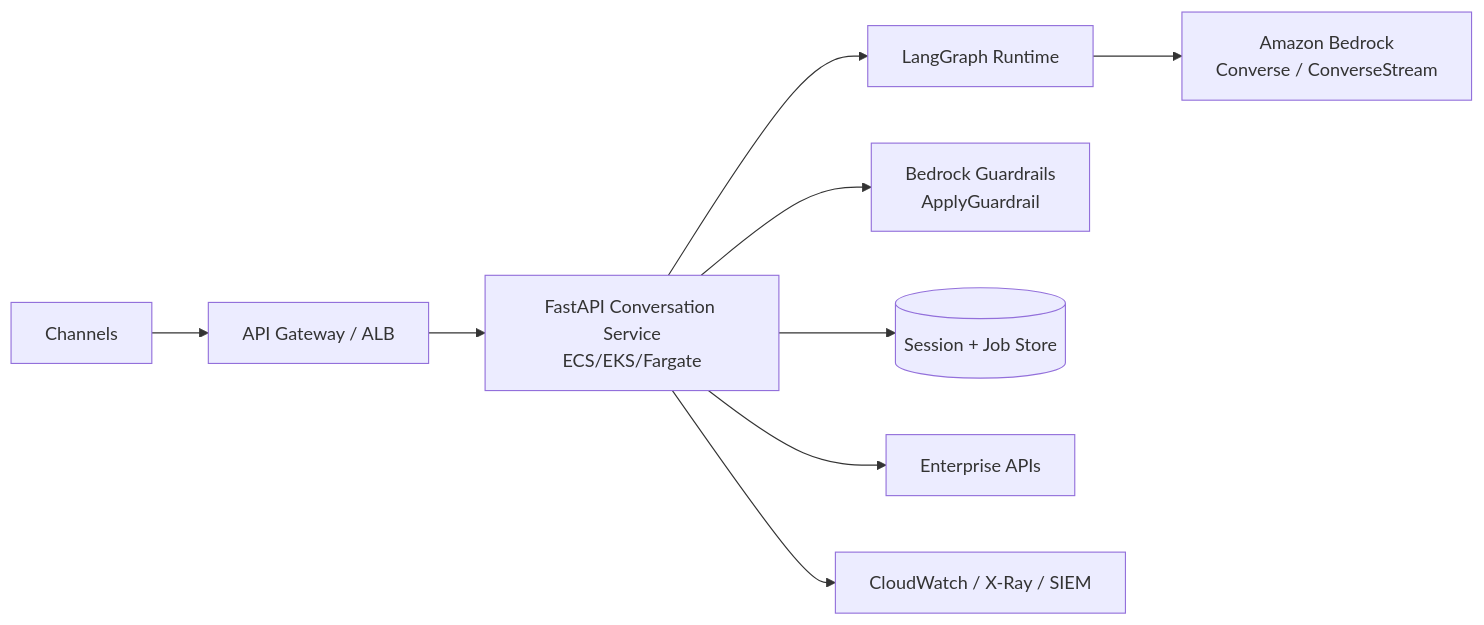
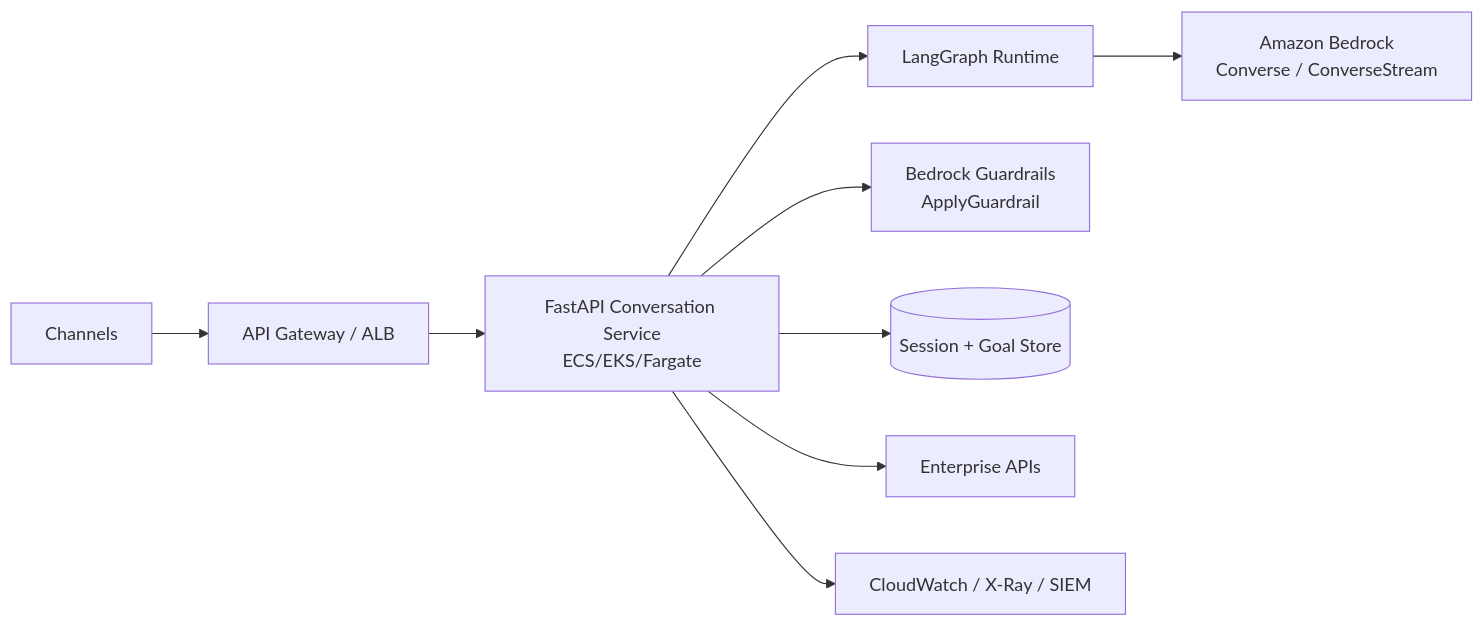
One commit to bhochhi/nexus changed diagram 12 of 14 in docs/Agentic_Chat_Architecture_Deck.md. Above: the diagram before and after it, drawn with Mermaid. The commit also changed other lines of this file, not shown here.

Commit message:
refactor: update terminology from jobs to goals in architecture deck

````diff
--- a/docs/Agentic_Chat_Architecture_Deck.md
+++ b/docs/Agentic_Chat_Architecture_Deck.md
@@ -438,11 +440,11 @@
 ```mermaid
 flowchart LR
     CH[Channels] --> GW[API Gateway / ALB]
     GW --> APP[FastAPI Conversation Service\nECS/EKS/Fargate]
     APP --> LG[LangGraph Runtime]
     LG --> BED[Amazon Bedrock\nConverse / ConverseStream]
     APP --> BGR[Bedrock Guardrails\nApplyGuardrail]
-    APP --> DB[(Session + Job Store)]
+    APP --> DB[(Session + Goal Store)]
     APP --> ENT[Enterprise APIs]
     APP --> OBS[CloudWatch / X-Ray / SIEM]
 ```
````
